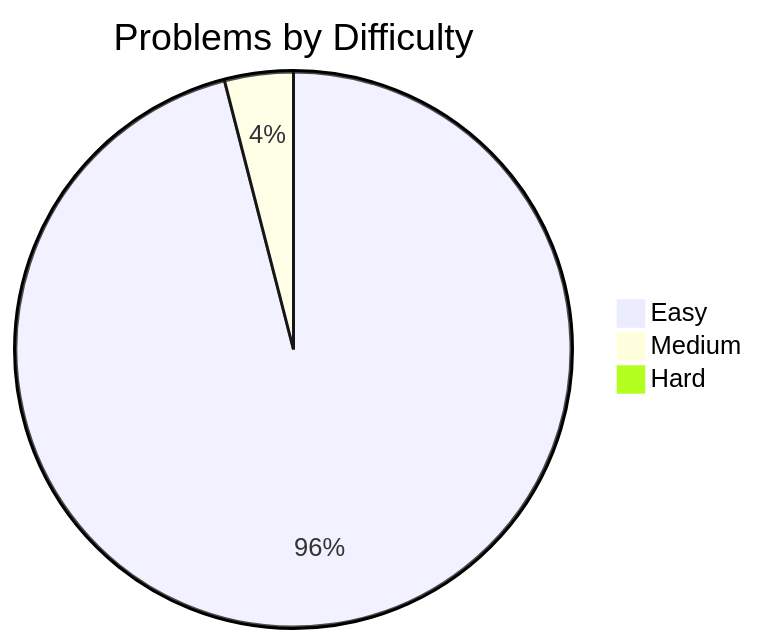
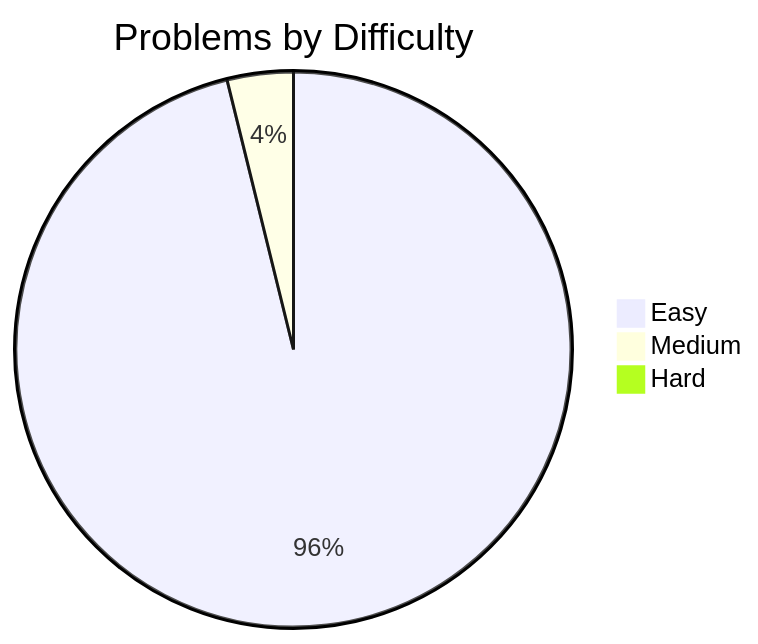
The diagram in README.md (davelin18yufan/leetcode-journal), drawn with Mermaid before and after one commit. The commit also changed other lines of this file and 7 other files, not shown here.

````diff
--- a/README.md
+++ b/README.md
@@ -7,7 +7,7 @@
 ```mermaid
 pie
     title Problems by Difficulty
-    "Easy" : 24
+    "Easy" : 25
     "Medium" : 1
     "Hard" : 0
 ```
````
